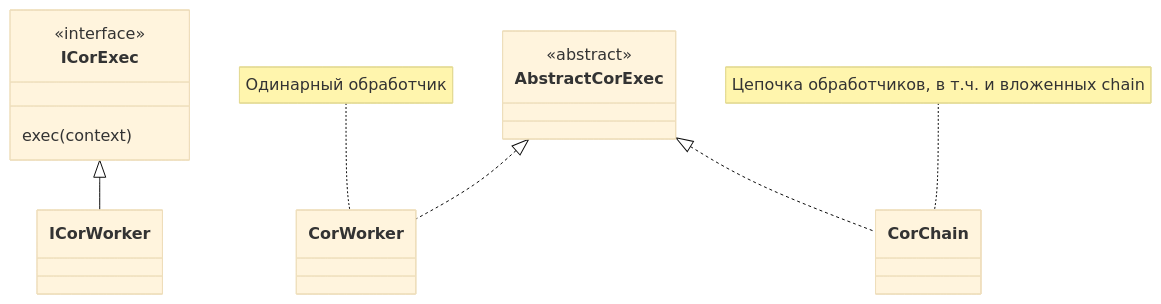
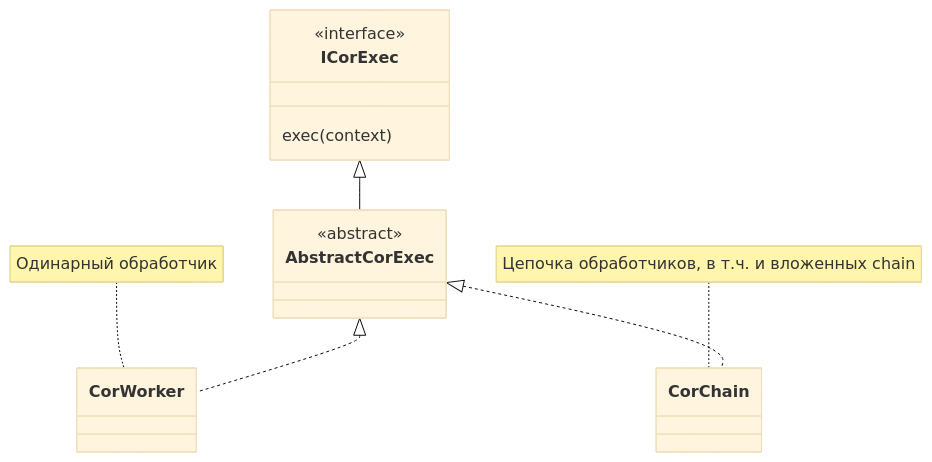
The diagram in README.md (dpopkov/hello-world-2), drawn with Mermaid (base theme) before and after one commit.

Commit message:
Update README.md
fix hierarchy

````diff
--- a/README.md
+++ b/README.md
@@ -10,18 +10,18 @@
 ```mermaid
 classDiagram
     class ICorExec
     <<interface>> ICorExec
     ICorExec : exec(context)
     
     class AbstractCorExec
     <<abstract>> AbstractCorExec
     
     class CorWorker
     class CorChain
     
-    ICorExec <|-- ICorWorker
+    ICorExec <|-- AbstractCorExec
     AbstractCorExec <|.. CorWorker
     note for CorWorker "Одинарный обработчик"
     AbstractCorExec <|.. CorChain
     note for CorChain "Цепочка обработчиков, в т.ч. и вложенных chain"
 ```
````
